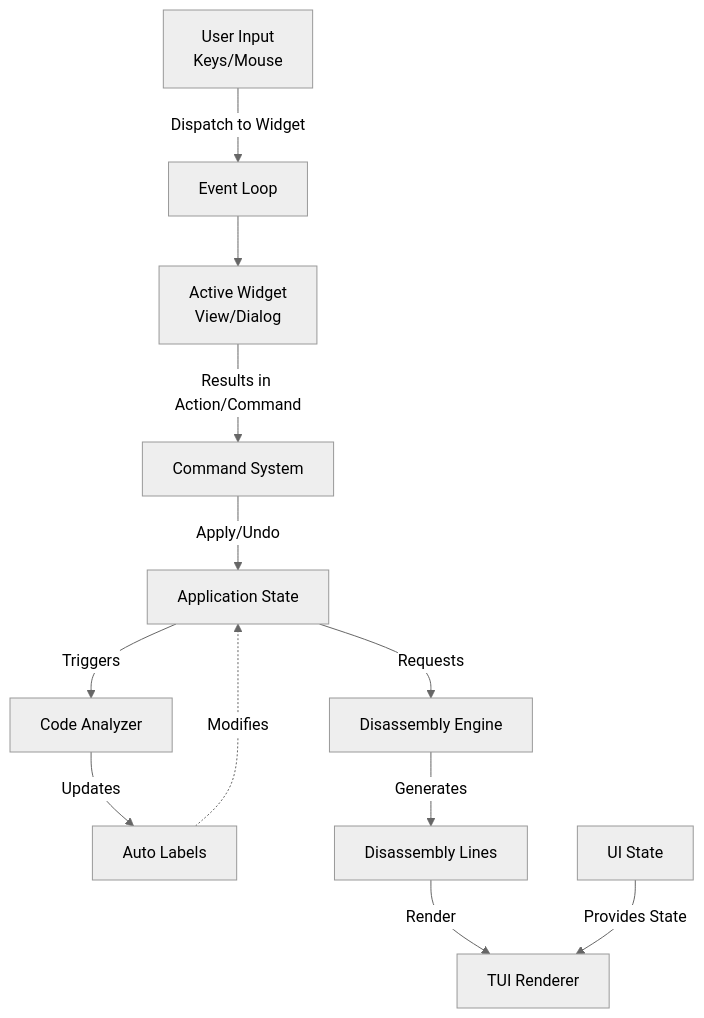
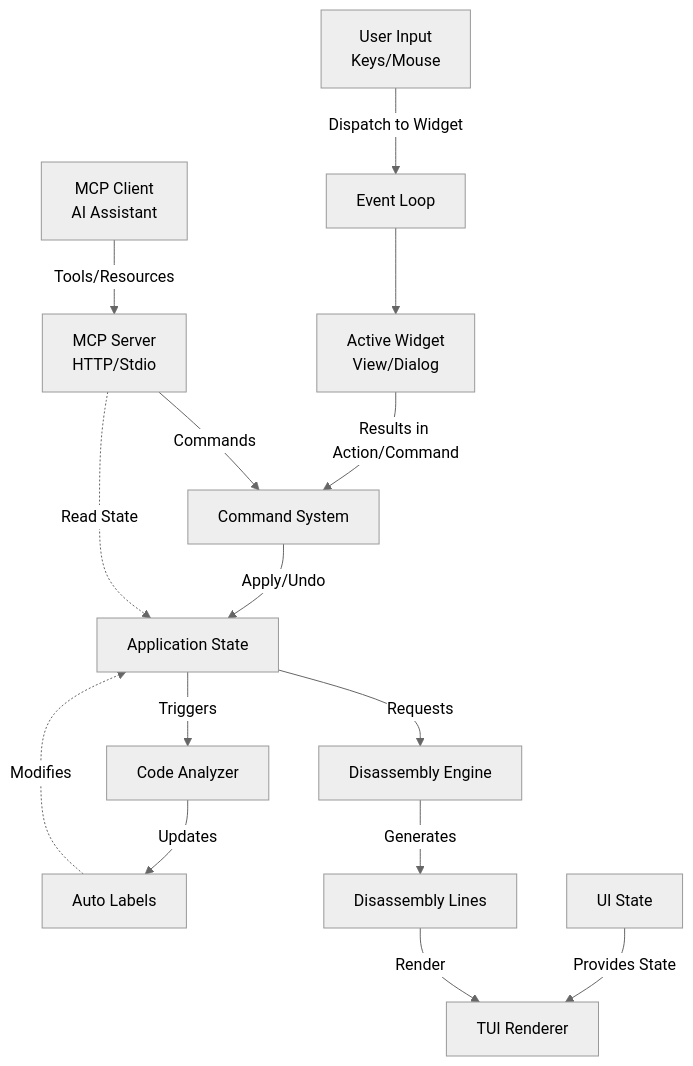
One commit to ricardoquesada/regenerator2000 changed the diagram in docs/architecture.md. Above: the diagram before and after it, drawn with Mermaid (neutral theme). The commit also changed other lines of this file and 5 other files, not shown here.

````diff
--- a/docs/architecture.md
+++ b/docs/architecture.md
@@ -7,26 +7,31 @@
 ```mermaid
 flowchart TD
     Input[User Input<br/>Keys/Mouse]
+    MCPClient[MCP Client<br/>AI Assistant]
     EventLoop[Event Loop]
     Widget[Active Widget<br/>View/Dialog]
+    MCPServer[MCP Server<br/>HTTP/Stdio]
     CommandSys[Command System]
     AppState[Application State]
     Analyzer[Code Analyzer]
     Labels[Auto Labels]
     DisasmEngine[Disassembly Engine]
     DisasmLines[Disassembly Lines]
     Renderer[TUI Renderer]
     UIState[UI State]
 
     Input -->|Dispatch to Widget| EventLoop
     EventLoop --> Widget
     Widget -->|Results in Action/Command| CommandSys
+    MCPClient -->|Tools/Resources| MCPServer
+    MCPServer -->|Commands| CommandSys
+    MCPServer -.->|Read State| AppState
     CommandSys -->|Apply/Undo| AppState
     AppState -->|Requests| DisasmEngine
     AppState -->|Triggers| Analyzer
     Analyzer -->|Updates| Labels
     Labels -.->|Modifies| AppState
     DisasmEngine -->|Generates| DisasmLines
     DisasmLines -->|Render| Renderer
     UIState -->|Provides State| Renderer
 ```
````
